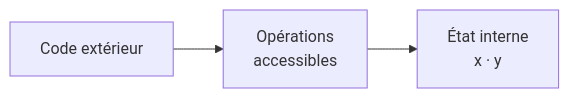
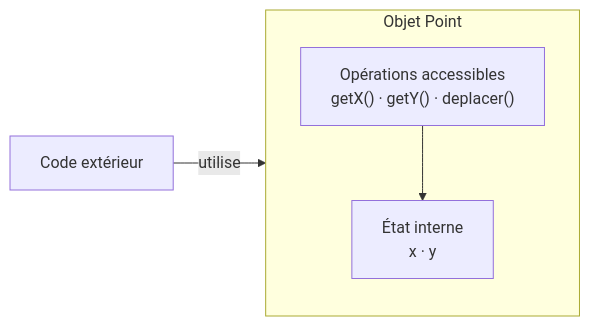
Before and after one commit to rezakaziz/programmation-cours: the third of 6 diagrams in cours/03/pages/encapsulation.md, drawn with Mermaid. The commit also changed other lines of this file and 5 other files, not shown here.

````diff
--- a/cours/03/pages/encapsulation.md
+++ b/cours/03/pages/encapsulation.md
@@ -168,8 +228,15 @@
 ```mermaid {theme: 'neutral', scale: 0.68}
 flowchart LR
+
     E["Code extérieur"]
-    M["Opérations<br/>accessibles"]
-    A["État interne<br/>x · y"]
 
-    E --> M --> A
+    subgraph P["Objet Point"]
+        direction TB
+        M["Opérations accessibles<br/>getX() · getY() · deplacer()"]
+        A["État interne<br/>x · y"]
+
+        M --> A
+    end
+
+    E -->|"utilise"| M
 ```
````
